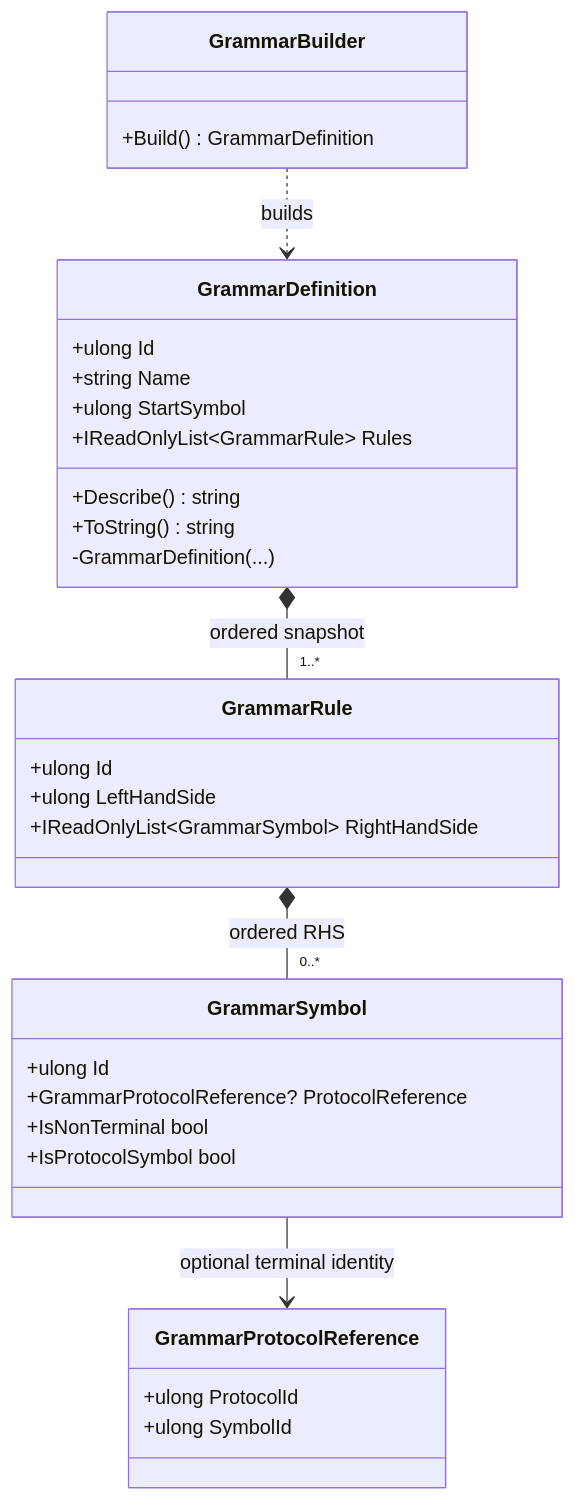
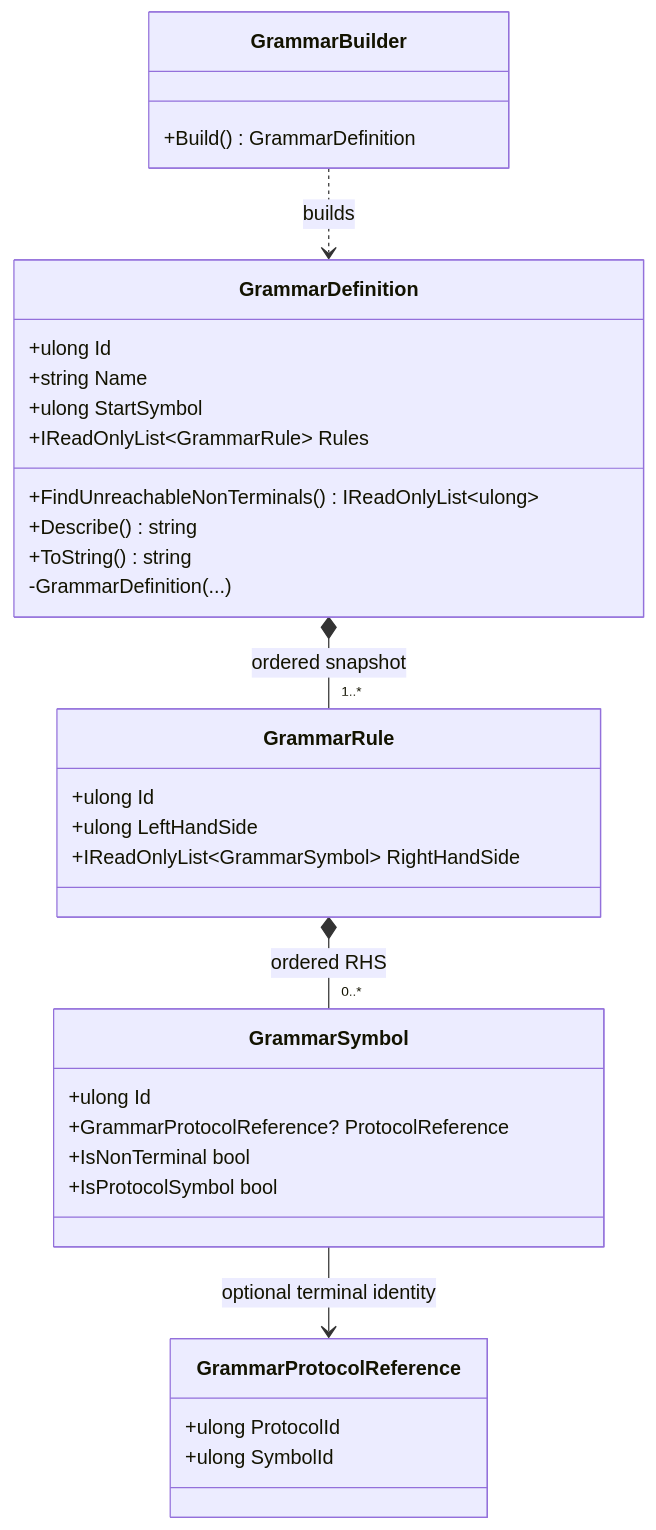
Before and after one commit to TrentBest/TheSingularityWorkshop.GrammarAi: the diagram in GrammarDefinition.md, drawn with Mermaid. The commit also changed other lines of this file, not shown here.

````diff
--- a/GrammarDefinition.md
+++ b/GrammarDefinition.md
@@ -27,35 +33,36 @@
 ```mermaid
 classDiagram
     direction TB
     class GrammarBuilder {
       +Build() GrammarDefinition
     }
     class GrammarDefinition {
       +ulong Id
       +string Name
       +ulong StartSymbol
       +IReadOnlyList~GrammarRule~ Rules
+      +FindUnreachableNonTerminals() IReadOnlyList~ulong~
       +Describe() string
       +ToString() string
       -GrammarDefinition(...)
     }
     class GrammarRule {
       +ulong Id
       +ulong LeftHandSide
       +IReadOnlyList~GrammarSymbol~ RightHandSide
     }
     class GrammarSymbol {
       +ulong Id
       +GrammarProtocolReference? ProtocolReference
       +IsNonTerminal bool
       +IsProtocolSymbol bool
     }
     class GrammarProtocolReference {
       +ulong ProtocolId
       +ulong SymbolId
     }
     GrammarBuilder ..> GrammarDefinition : builds
     GrammarDefinition *-- "1..*" GrammarRule : ordered snapshot
     GrammarRule *-- "0..*" GrammarSymbol : ordered RHS
     GrammarSymbol --> GrammarProtocolReference : optional terminal identity
 ```
````
